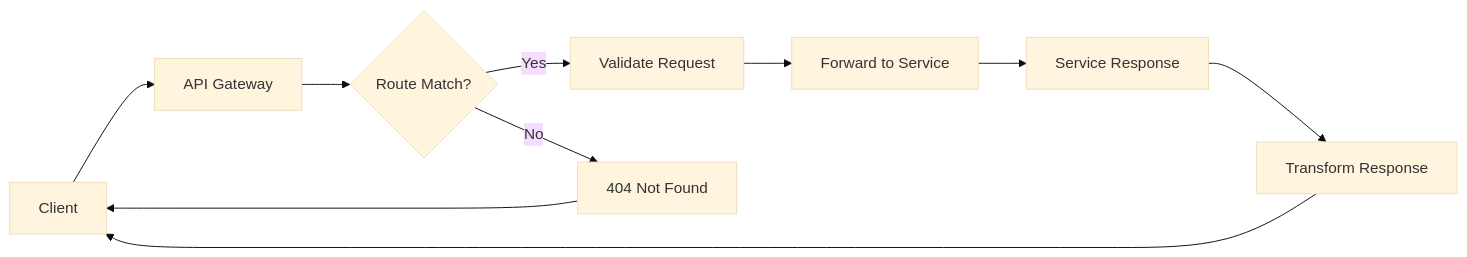
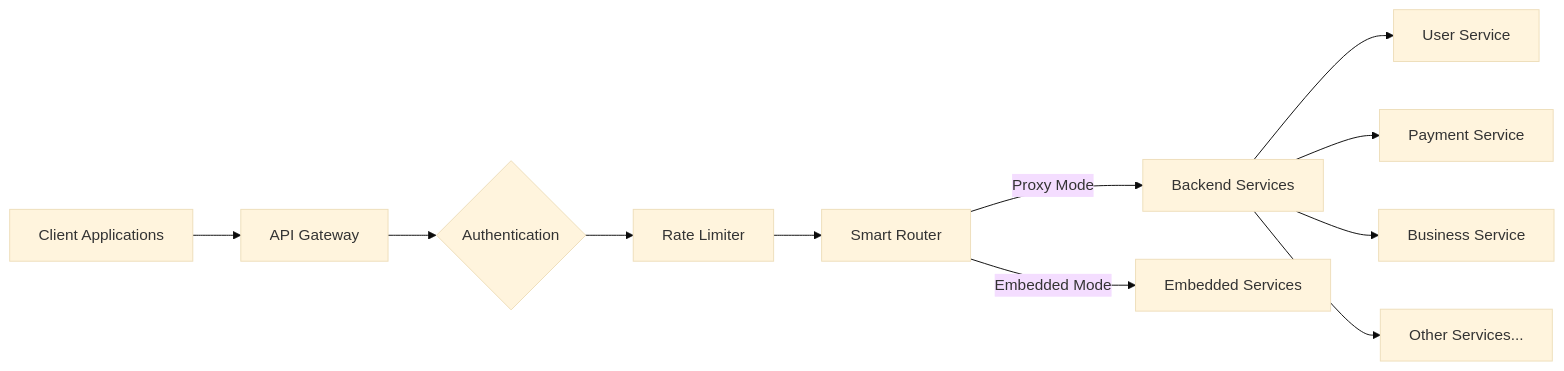
Before and after one commit to Merodami/pika-backend: the diagram in packages/api-gateway/README.md, drawn with Mermaid (base theme). The commit also changed other lines of this file and 99 other files, not shown here.

````diff
--- a/packages/api-gateway/README.md
+++ b/packages/api-gateway/README.md
@@ -174,12 +51,16 @@
 ```mermaid
 graph LR
-    A[Client] --> B[API Gateway]
-    B --> C{Route Match?}
-    C -->|Yes| D[Validate Request]
-    D --> E[Forward to Service]
-    E --> F[Service Response]
-    F --> G[Transform Response]
-    G --> A
-    C -->|No| H[404 Not Found]
-    H --> A
+    Client[Client Applications] --> Gateway[API Gateway]
+
+    Gateway --> Auth{Authentication}
+    Auth --> RL[Rate Limiter]
+    RL --> Router[Smart Router]
+
+    Router --> |Proxy Mode| Services[Backend Services]
+    Router --> |Embedded Mode| Embedded[Embedded Services]
+
+    Services --> User[User Service]
+    Services --> Payment[Payment Service]
+    Services --> Business[Business Service]
+    Services --> Others[Other Services...]
 ```
````
